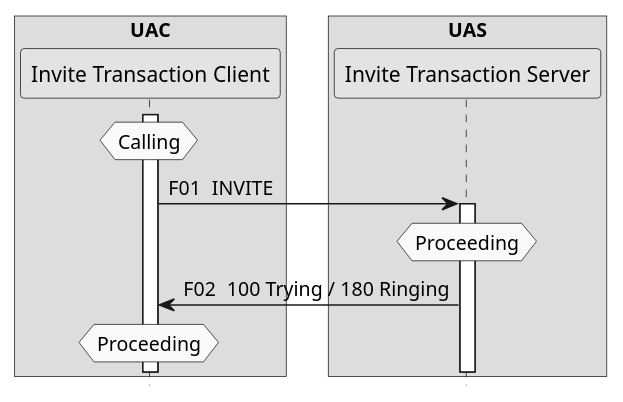
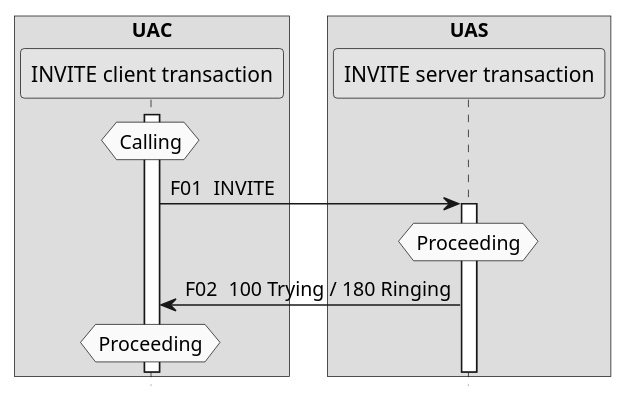
The diagram in sip/SIP-01-INVITE-Sending/sip_client_server_invite_sending.puml (gongpengjun/code_diagrams), drawn with PlantUML before and after one commit. The commit also changed 1 other file, not shown here.

```diff
--- a/sip/SIP-01-INVITE-Sending/sip_client_server_invite_sending.puml
+++ b/sip/SIP-01-INVITE-Sending/sip_client_server_invite_sending.puml
@@ -1,30 +1,30 @@
 @startuml
 'title SIP INVITE Sending Flow
 
 skinparam monochrome true
 autonumber "F00 "
 hide footbox
 skinparam BoxPadding 10
 
 'skinparam headerFontSize 14
 'skinparam headerFontColor red
 'header SIP-0
 
 box "UAC"
-participant "Invite Transaction Client" as UAC_ITC
+participant "INVITE client transaction" as UAC_ITC
 end box
 
 box "UAS"
-participant "Invite Transaction Server" as UAS_ITS
+participant "INVITE server transaction" as UAS_ITS
 end box
 
 'hnote over UAC_ITC: None
 activate UAC_ITC
 hnote over UAC_ITC: Calling
 UAC_ITC -> UAS_ITS: INVITE
 activate UAS_ITS
 hnote over UAS_ITS: Proceeding
 UAC_ITC <- UAS_ITS: 100 Trying / 180 Ringing
 hnote over UAC_ITC: Proceeding
 
 @enduml
```
